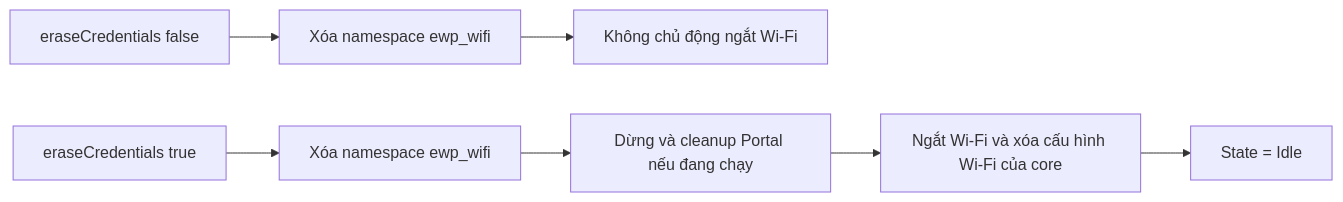
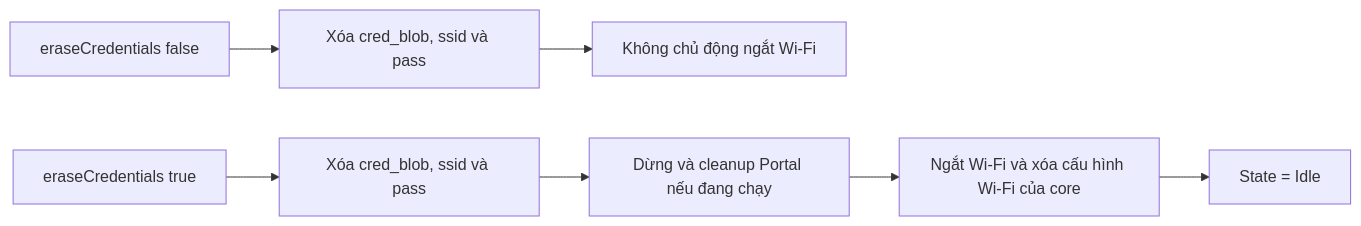
One commit to NguyenHien-8/ESP32WiFiPortal changed the eighth of 8 diagrams in docs/FlowChart.md. Above: the diagram before and after it, drawn with Mermaid. The commit also changed other lines of this file and 24 other files, not shown here.

````diff
--- a/docs/FlowChart.md
+++ b/docs/FlowChart.md
@@ -215,9 +230,9 @@
 ```mermaid
 flowchart LR
-    A[eraseCredentials false] --> B[Xóa namespace ewp_wifi]
+    A[eraseCredentials false] --> B[Xóa cred_blob, ssid và pass]
     B --> C[Không chủ động ngắt Wi-Fi]
-    D[eraseCredentials true] --> F[Xóa namespace ewp_wifi]
+    D[eraseCredentials true] --> F[Xóa cred_blob, ssid và pass]
     F --> E[Dừng và cleanup Portal nếu đang chạy]
     E --> G[Ngắt Wi-Fi và xóa cấu hình Wi-Fi của core]
     G --> H[State = Idle]
 ```
````
